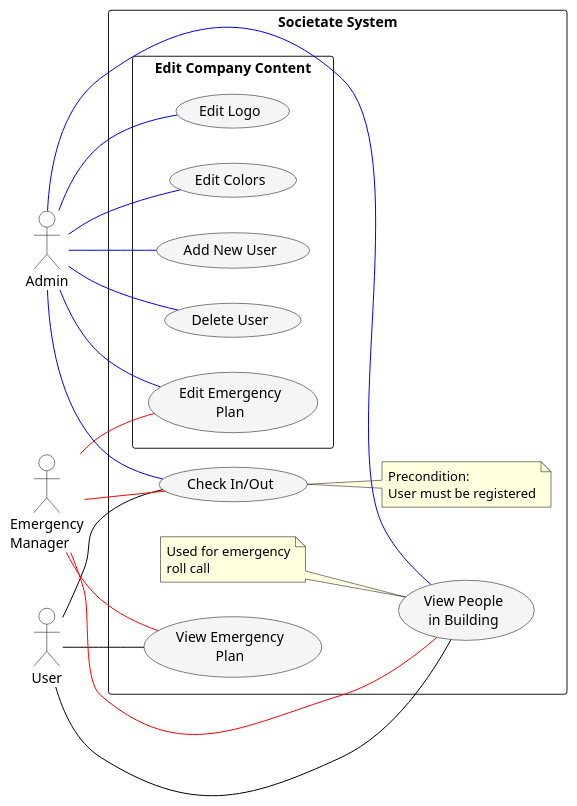
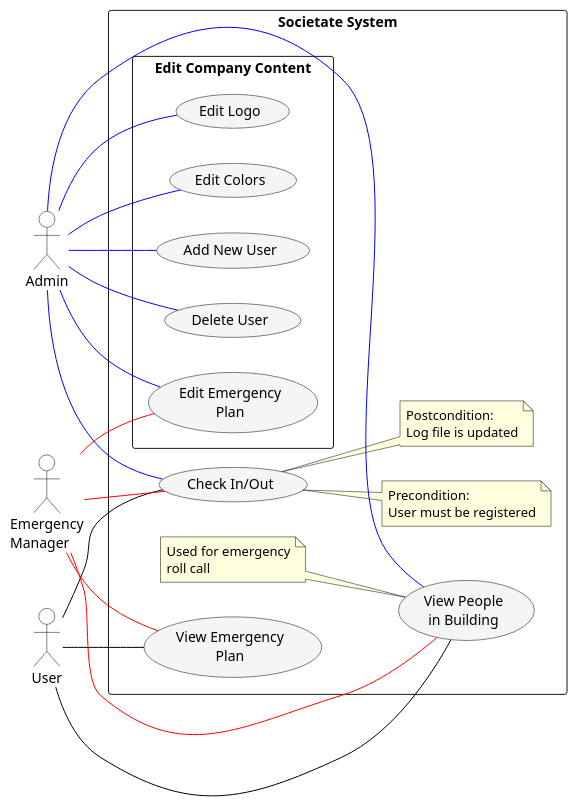
One commit to ToothbrushPenguin/DM-GettingReal-1.Semester changed the diagram in Diagrams/Usecase Model.plantuml. Above: the diagram before and after it, drawn with PlantUML.

Commit message:
OC added to usecase model

```diff
--- a/Diagrams/Usecase Model.plantuml
+++ b/Diagrams/Usecase Model.plantuml
@@ -1,68 +1,72 @@
 @startuml
 skinparam packageStyle rectangle
 skinparam usecase {
     BackgroundColor WhiteSmoke
     BorderColor Black
     ArrowColor Black
 }
 skinparam actor {
     BorderColor Black
     BackgroundColor White
 }
 skinparam note {
     BackgroundColor LightYellow
     BorderColor Black
 }
 
 left to right direction
 
 actor "User" as user
 actor "Admin" as admin
 actor "Emergency\nManager" as em
 
 rectangle "Societate System" {
     usecase "Check In/Out" as UC1
     note right of UC1
         Precondition:
         User must be registered
+    end note
+    note right of UC1
+        Postcondition:
+        Log file is updated
     end note
     
     usecase "View People\nin Building" as UC4
     note left of UC4
         Used for emergency
         roll call
     end note
     
     usecase "View Emergency\nPlan" as UC5
     
     package "Edit Company Content" {
         usecase "Add New User" as UC2
         usecase "Delete User" as UC3
         usecase "Edit Logo" as UC6
         usecase "Edit Colors" as UC7
         usecase "Edit Emergency\nPlan" as UC8
     }
 }
 
 ' Admin relationships
 admin -- UC2 #blue
 admin -- UC3 #blue
 admin -- UC4 #blue
 admin -- UC6 #blue
 admin -- UC7 #blue
 admin -- UC8 #blue
 admin -- UC1 #blue
 
 ' User relationships
 user -- UC1
 user -- UC4
 user -- UC5 
 
 ' Emergency Manager relationships
 em -- UC1 #red
 em -- UC4 #red
 em -- UC5 #red
 em -- UC8 #red
 
 
 @enduml
```
